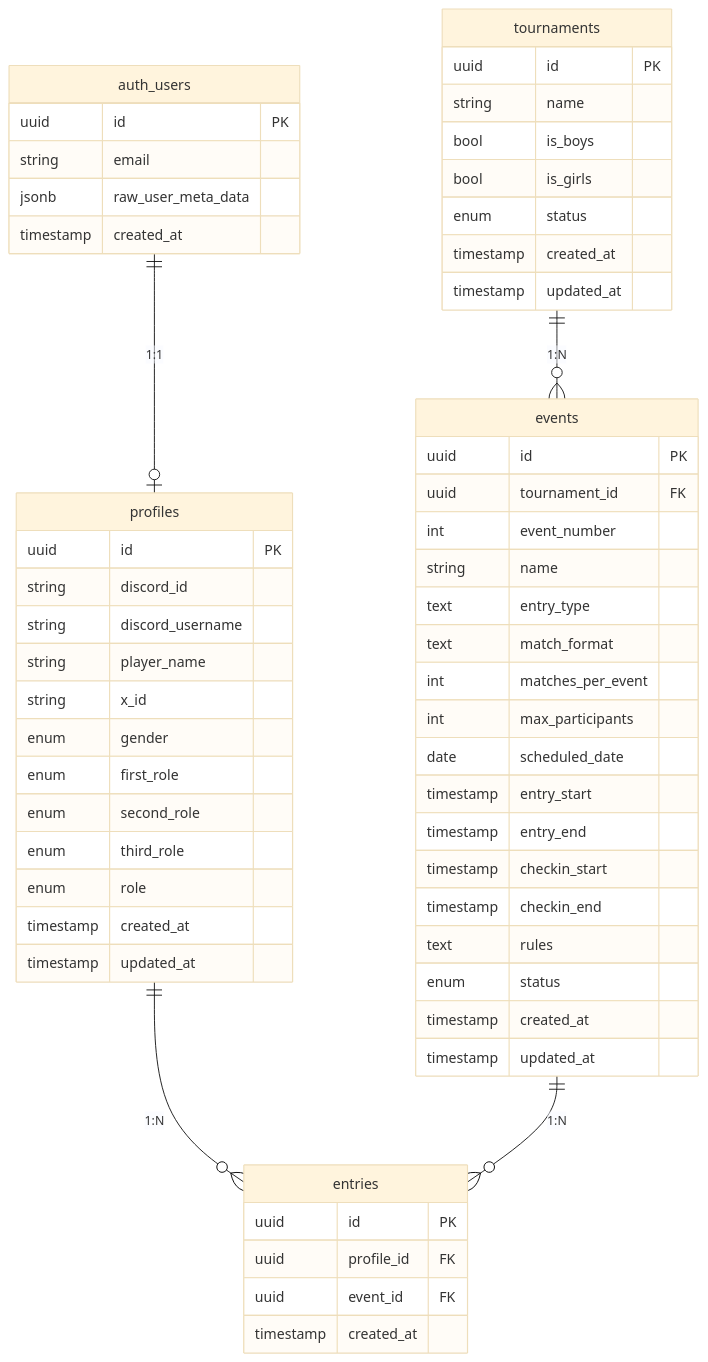
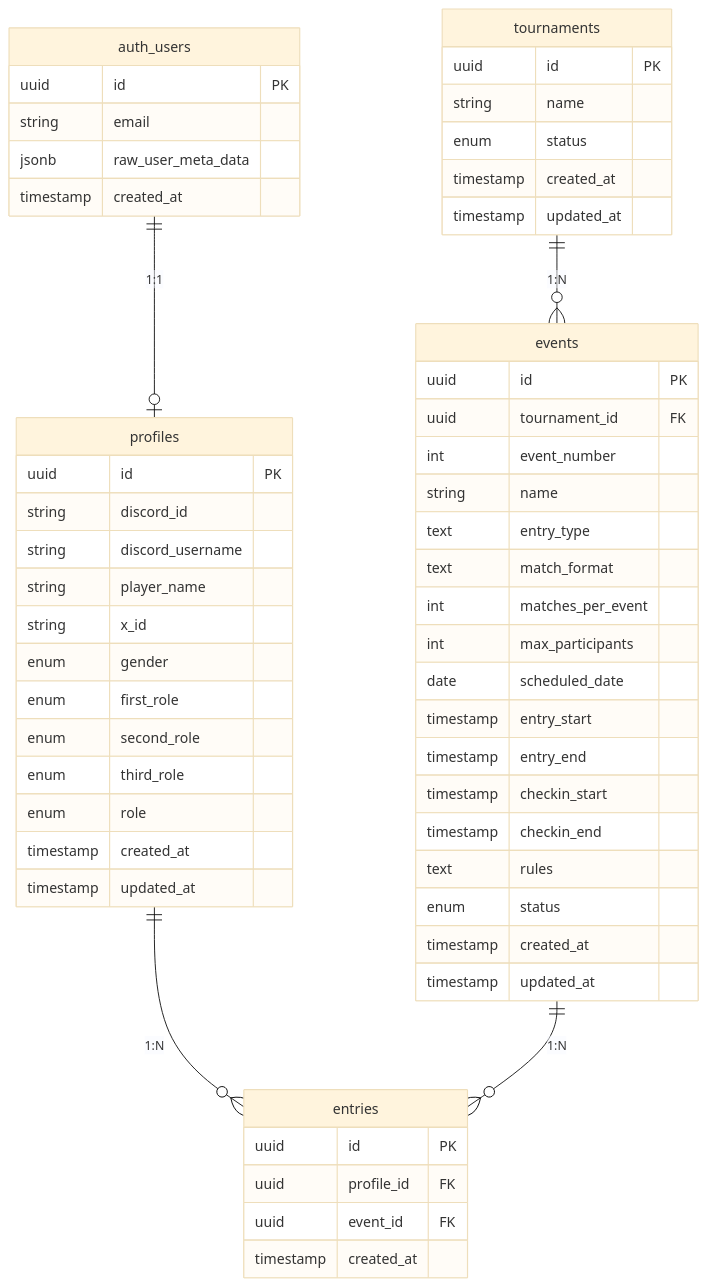
One commit to juv-shun/JiroRimi changed the diagram in docs/database_design.md. Above: the diagram before and after it, drawn with Mermaid (base theme). The commit also changed other lines of this file, not shown here.

First line of the commit message:
docs: tournamentsからis_boys/is_girlsを削除

````diff
--- a/docs/database_design.md
+++ b/docs/database_design.md
@@ -9,66 +9,64 @@
 ```mermaid
 erDiagram
     auth_users ||--o| profiles : "1:1"
     profiles ||--o{ entries : "1:N"
     tournaments ||--o{ events : "1:N"
     events ||--o{ entries : "1:N"
 
     auth_users {
         uuid id PK
         string email
         jsonb raw_user_meta_data
         timestamp created_at
     }
 
     profiles {
         uuid id PK
         string discord_id
         string discord_username
         string player_name
         string x_id
         enum gender
         enum first_role
         enum second_role
         enum third_role
         enum role
         timestamp created_at
         timestamp updated_at
     }
 
     tournaments {
         uuid id PK
         string name
-        bool is_boys
-        bool is_girls
         enum status
         timestamp created_at
         timestamp updated_at
     }
 
     events {
         uuid id PK
         uuid tournament_id FK
         int event_number
         string name
         text entry_type
         text match_format
         int matches_per_event
         int max_participants
         date scheduled_date
         timestamp entry_start
         timestamp entry_end
         timestamp checkin_start
         timestamp checkin_end
         text rules
         enum status
         timestamp created_at
         timestamp updated_at
     }
 
     entries {
         uuid id PK
         uuid profile_id FK
         uuid event_id FK
         timestamp created_at
     }
 ```
````
